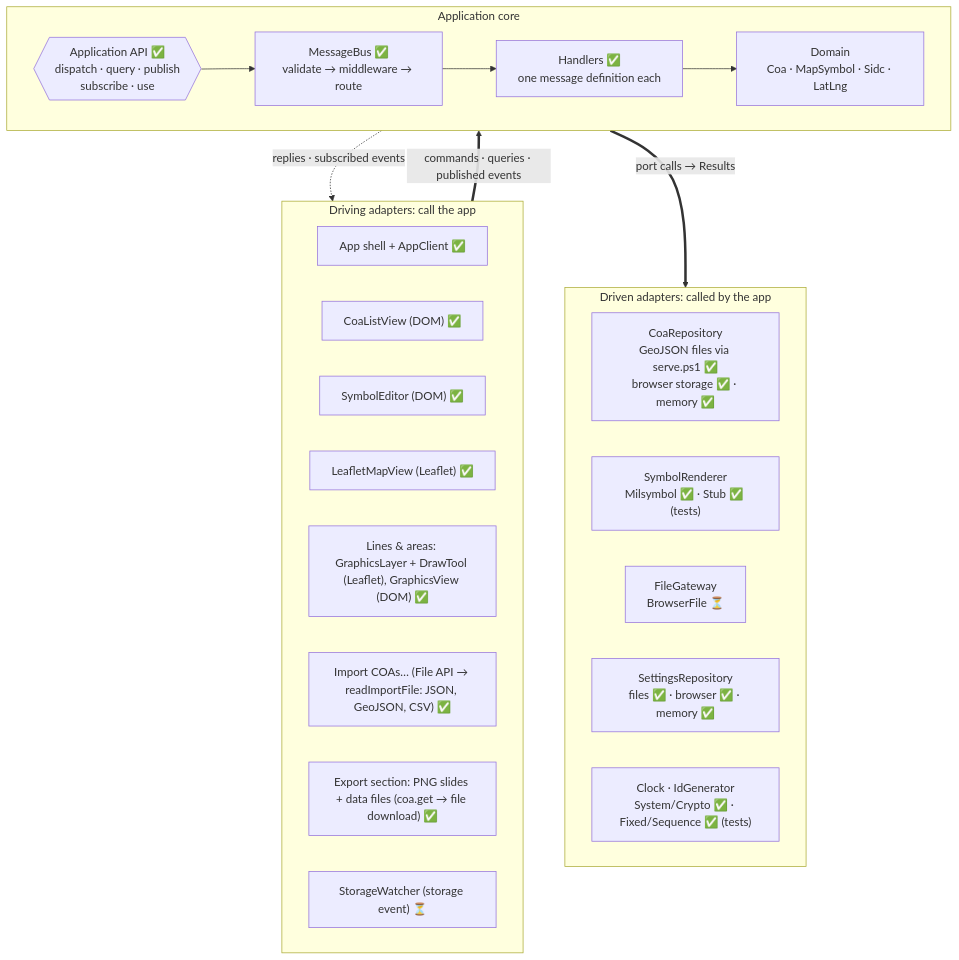
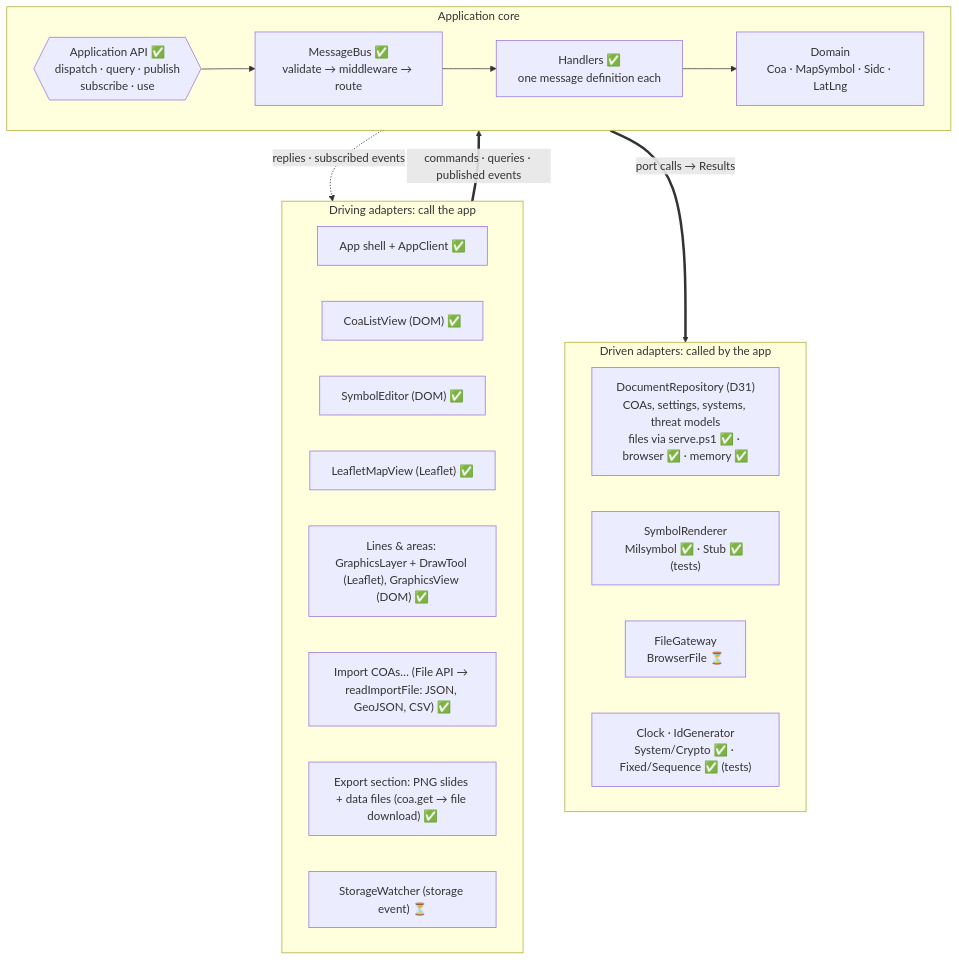
Before and after one commit to kentongoldthorpe/sidc: the first of 9 diagrams in docs/ARCHITECTURE.md, drawn with Mermaid. The commit also changed other lines of this file and 65 other files, not shown here.

First line of the commit message:
M10-1 One storage port: DocumentRepository for COAs, settings and documents (D31)

````diff
--- a/docs/ARCHITECTURE.md
+++ b/docs/ARCHITECTURE.md
@@ -16,36 +16,35 @@
 ```mermaid
 flowchart TB
   subgraph driving["Driving adapters: call the app"]
     direction LR
     SHELL["App shell + AppClient ✅"]
     LIST["CoaListView (DOM) ✅"]
     EDITOR["SymbolEditor (DOM) ✅"]
     MAP["LeafletMapView (Leaflet) ✅"]
     GFX["Lines & areas: GraphicsLayer + DrawTool (Leaflet), GraphicsView (DOM) ✅"]
     IMPORT["Import COAs… (File API → readImportFile: JSON, GeoJSON, CSV) ✅"]
     EXPORTV["Export section: PNG slides + data files (coa.get → file download) ✅"]
     WATCH["StorageWatcher (storage event) ⏳"]
   end
 
   subgraph core["Application core"]
     direction LR
     API{{"Application API ✅<br/>dispatch · query · publish<br/>subscribe · use"}}
     BUS["MessageBus ✅<br/>validate → middleware → route"]
     HANDLERS["Handlers ✅<br/>one message definition each"]
     DOMAIN["Domain<br/>Coa · MapSymbol · Sidc · LatLng"]
     API --> BUS --> HANDLERS --> DOMAIN
   end
 
   subgraph driven["Driven adapters: called by the app"]
     direction LR
-    REPO["CoaRepository<br/>GeoJSON files via serve.ps1 ✅<br/>browser storage ✅ · memory ✅"]
+    REPO["DocumentRepository (D31)<br/>COAs, settings, systems, threat models<br/>files via serve.ps1 ✅ · browser ✅ · memory ✅"]
     RENDER["SymbolRenderer<br/>Milsymbol ✅ · Stub ✅ (tests)"]
     FILES["FileGateway<br/>BrowserFile ⏳"]
-    SETTINGS["SettingsRepository<br/>files ✅ · browser ✅ · memory ✅"]
     SYS["Clock · IdGenerator<br/>System/Crypto ✅ · Fixed/Sequence ✅ (tests)"]
   end
 
   driving == "commands · queries · published events" ==> API
   API -. "replies · subscribed events" .-> driving
   HANDLERS == "port calls → Results" ==> driven
 ```
````
